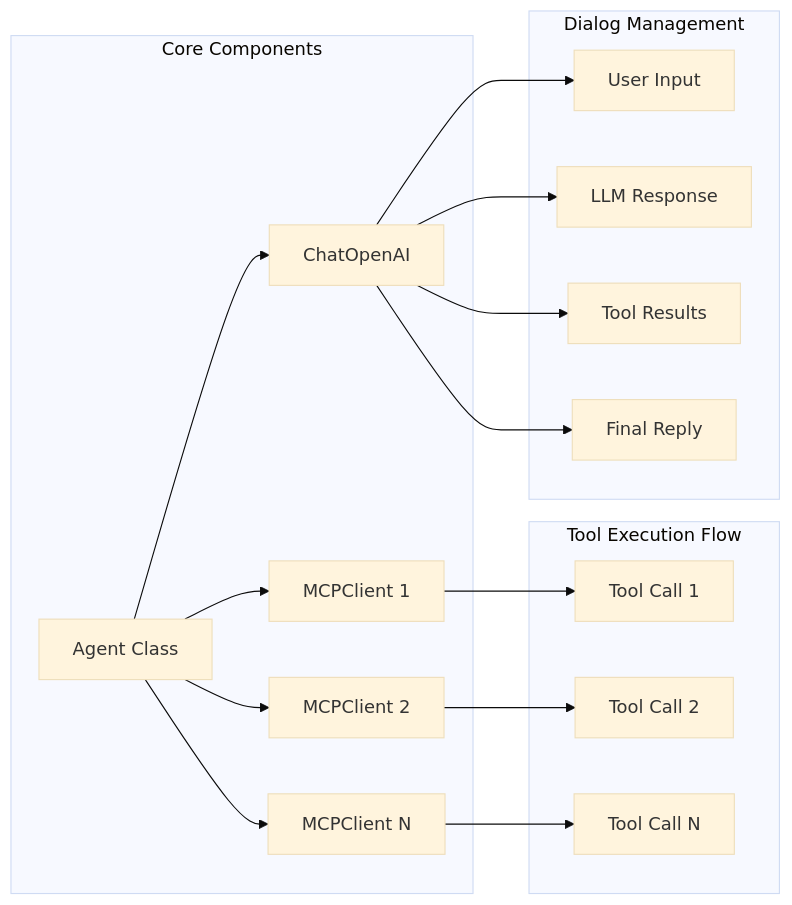
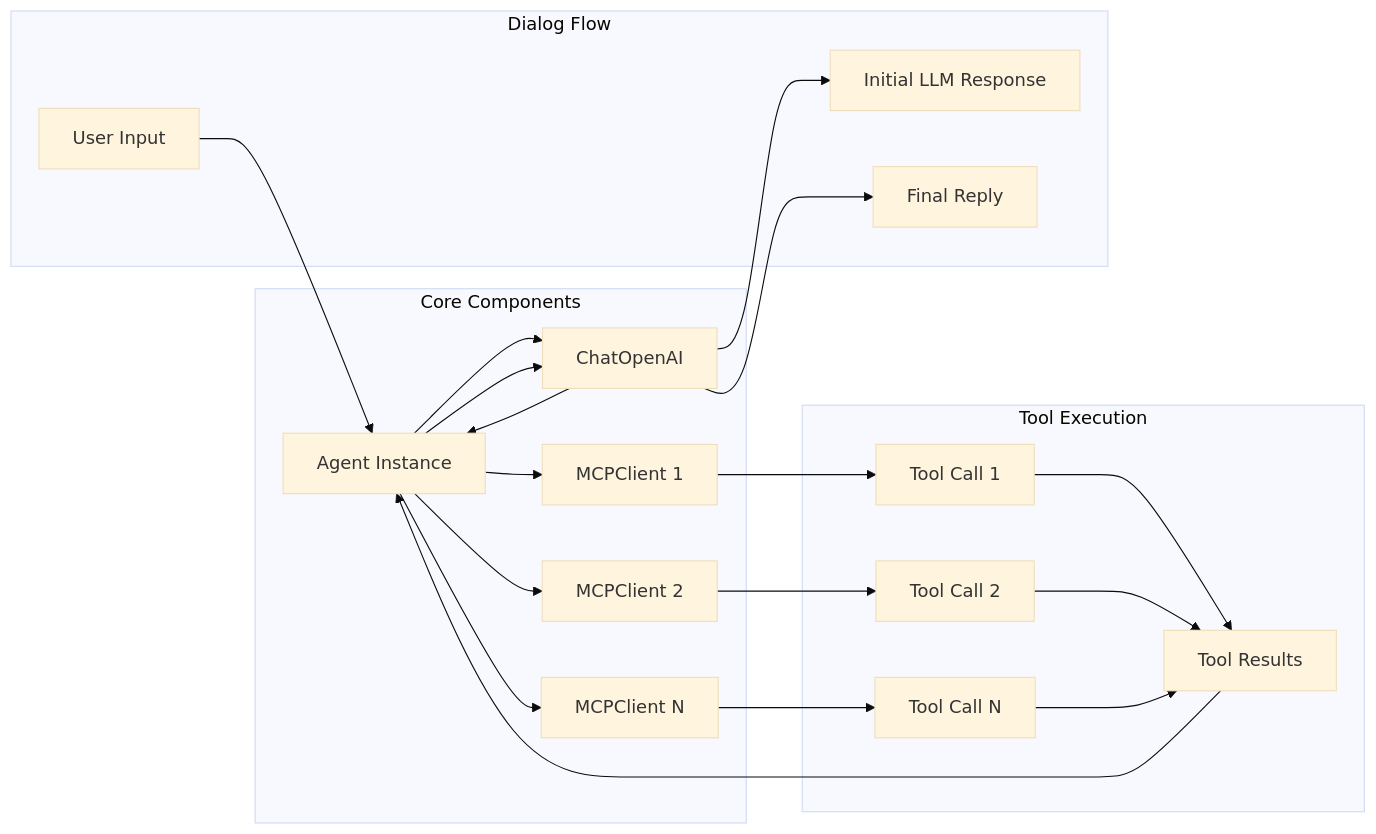
Before and after one commit to NEDONION/llm-mcp-rag-typescript: the second of 6 diagrams in README.md, drawn with Mermaid (base theme). The commit also changed other lines of this file, not shown here.

Commit message:
doc: updated system graph

````diff
--- a/README.md
+++ b/README.md
@@ -87,35 +95,43 @@
 ```mermaid
 graph LR
-    subgraph "Core Components"
-        A[Agent Class]
-        C[ChatOpenAI]
-        M1[MCPClient 1]
-        M2[MCPClient 2]
-        M3[MCPClient N]
-    end
+  subgraph "Core Components"
+    A[Agent Instance]
+    LLM[ChatOpenAI]
+    M1[MCPClient 1]
+    M2[MCPClient 2]
+    M3[MCPClient N]
+  end
 
-    subgraph "Tool Execution Flow"
-        T1[Tool Call 1]
-        T2[Tool Call 2]
-        T3[Tool Call N]
-    end
+  subgraph "Tool Execution"
+    T1[Tool Call 1]
+    T2[Tool Call 2]
+    T3[Tool Call N]
+    R[Tool Results]
+  end
 
-    subgraph "Dialog Management"
-        D1[User Input]
-        D2[LLM Response]
-        D3[Tool Results]
-        D4[Final Reply]
-    end
+  subgraph "Dialog Flow"
+    U[User Input]
+    I[Initial LLM Response]
+    F[Final Reply]
+  end
 
-    A --> C
-    A --> M1
-    A --> M2
-    A --> M3
-    C --> D1
-    C --> D2
-    C --> D3
-    C --> D4
-    M1 --> T1
-    M2 --> T2
-    M3 --> T3
+%% User path
+  U --> A
+  A --> LLM
+  LLM --> I
+
+%% Tool path
+  LLM --> A
+  A --> M1
+  A --> M2
+  A --> M3
+  M1 --> T1
+  M2 --> T2
+  M3 --> T3
+  T1 --> R
+  T2 --> R
+  T3 --> R
+  R --> A
+  A --> LLM
+  LLM --> F
 ```
````
